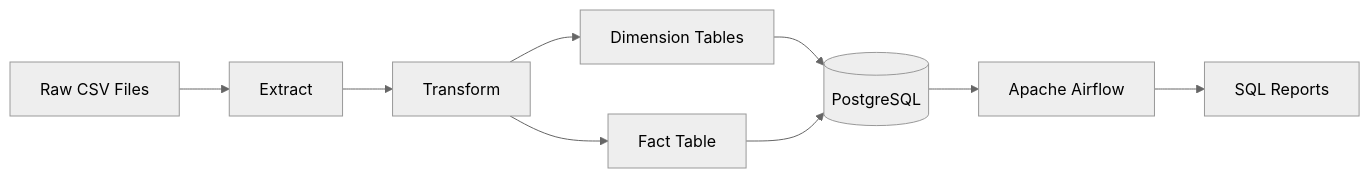
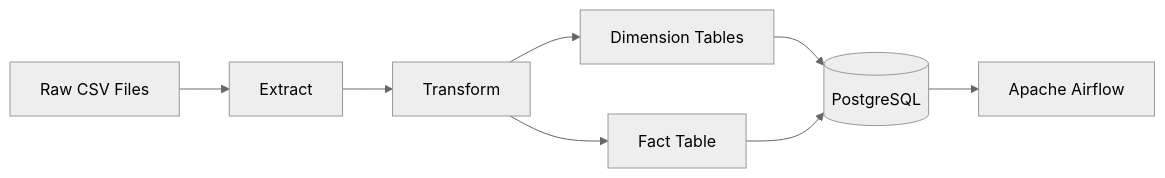
The first of 2 diagrams in README.md (itgirlhightech/fashion-retail-data-warehouse), drawn with Mermaid (neutral theme) before and after one commit.

Commit message:
fix: schema correction

````diff
--- a/README.md
+++ b/README.md
@@ -68,20 +68,19 @@
 ```mermaid
 flowchart LR
 
 A[Raw CSV Files]
 --> B[Extract]
 
 B --> C[Transform]
 
 C --> D[Dimension Tables]
 
 C --> E[Fact Table]
 
 D --> F[(PostgreSQL)]
 
 E --> F
 
 F --> G[Apache Airflow]
 
-G --> H[SQL Reports]
 ```
````
